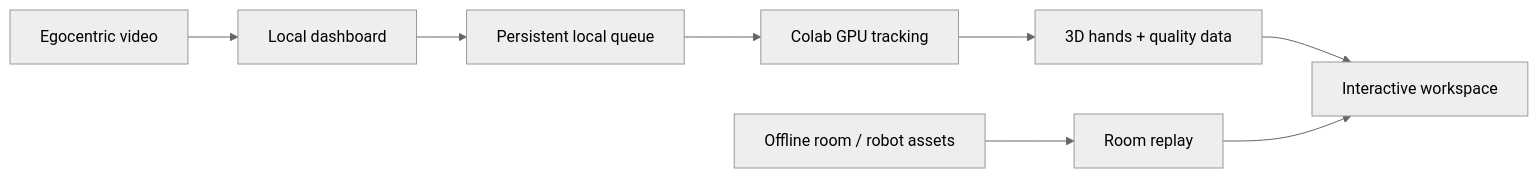
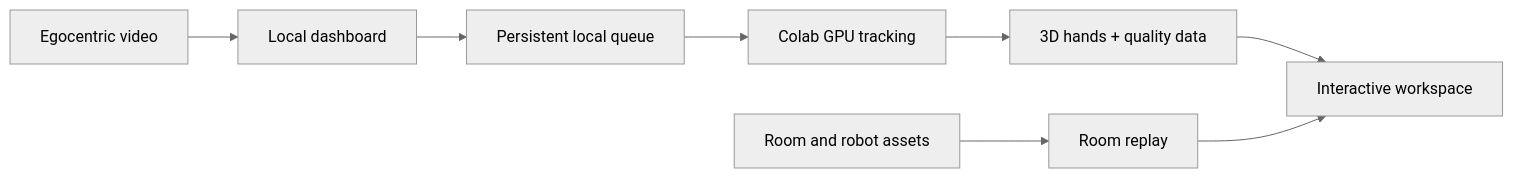
Before and after one commit to ParasKaushal123/SpectatorAI: the diagram in README.md, drawn with Mermaid (neutral theme). The commit also changed other lines of this file, not shown here.

````diff
--- a/README.md
+++ b/README.md
@@ -32,10 +41,10 @@
 ```mermaid
 flowchart LR
     A[Egocentric video] --> B[Local dashboard]
     B --> C[Persistent local queue]
     C --> D[Colab GPU tracking]
     D --> E[3D hands + quality data]
     E --> F[Interactive workspace]
-    G[Offline room / robot assets] --> H[Room replay]
+    G[Room and robot assets] --> H[Room replay]
     H --> F
 ```
````
